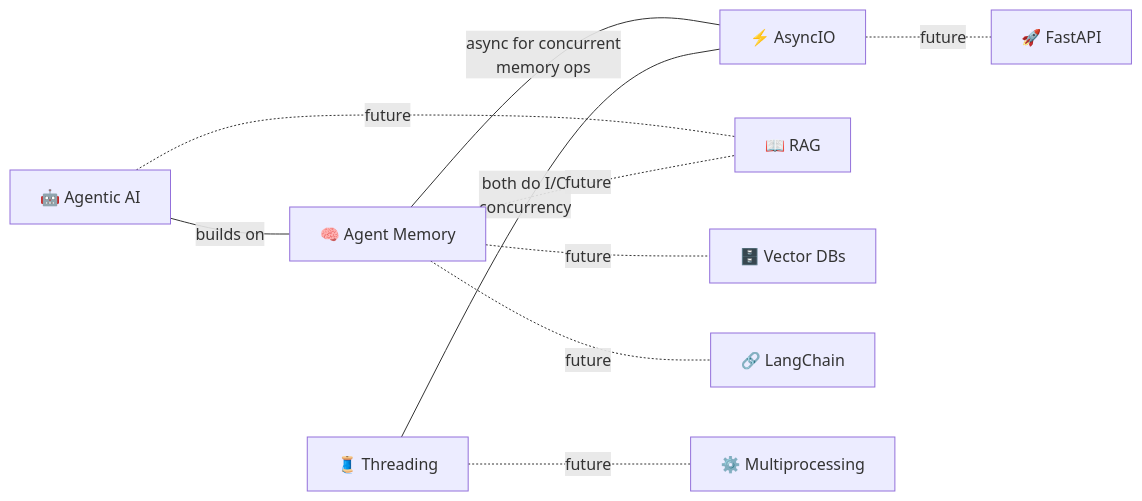
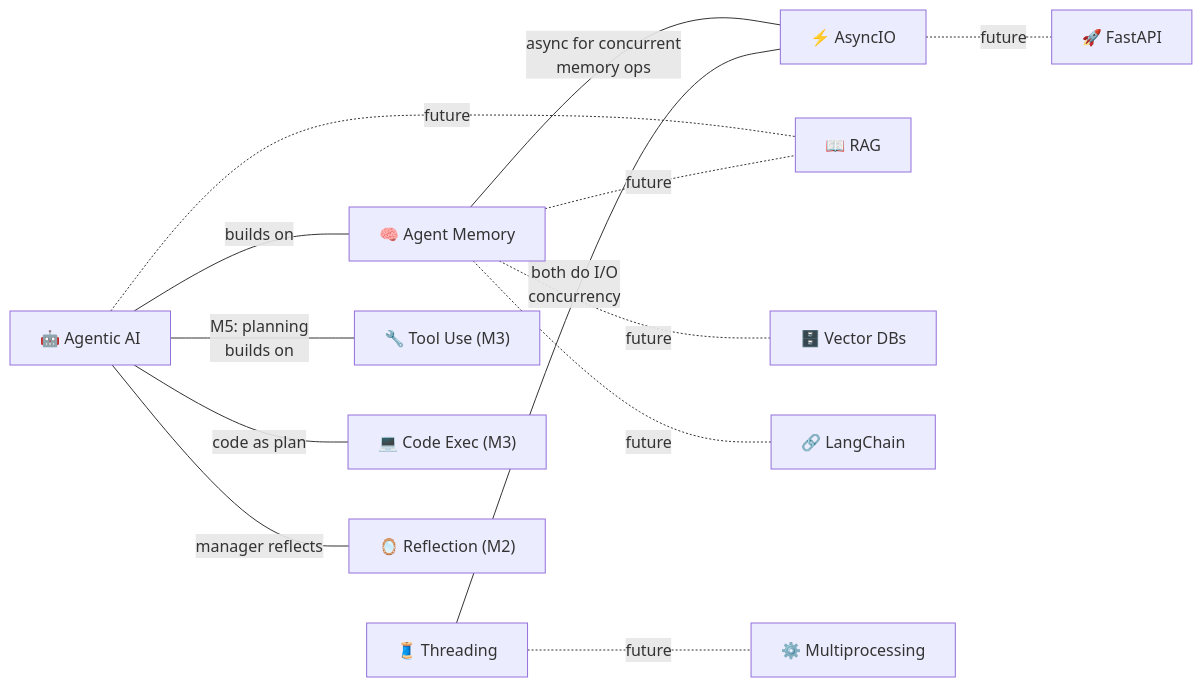
One commit to AyushSonuu/my-memory changed the diagram in _maps/connections.md. Above: the diagram before and after it, drawn with Mermaid. The commit also changed other lines of this file and 264 other files, not shown here.

````diff
--- a/_maps/connections.md
+++ b/_maps/connections.md
@@ -5,17 +5,20 @@
 ```mermaid
 graph LR
     AG["🤖 Agentic AI"]
     AM["🧠 Agent Memory"]
     AIO["⚡ AsyncIO"]
     THR["🧵 Threading"]
     
     AG ---|"builds on"| AM
     AM ---|"async for concurrent<br/>memory ops"| AIO
     THR ---|"both do I/O<br/>concurrency"| AIO
     AG -.-|"future"| RAG["📖 RAG"]
     AM -.-|"future"| RAG
     AM -.-|"future"| VDB["🗄️ Vector DBs"]
     AM -.-|"future"| LC["🔗 LangChain"]
     AIO -.-|"future"| FAPI["🚀 FastAPI"]
     THR -.-|"future"| MP["⚙️ Multiprocessing"]
+    AG ---|"M5: planning<br/>builds on"| TU["🔧 Tool Use (M3)"]
+    AG ---|"code as plan"| CE["💻 Code Exec (M3)"]
+    AG ---|"manager reflects"| REF["🪞 Reflection (M2)"]
 ```
````
